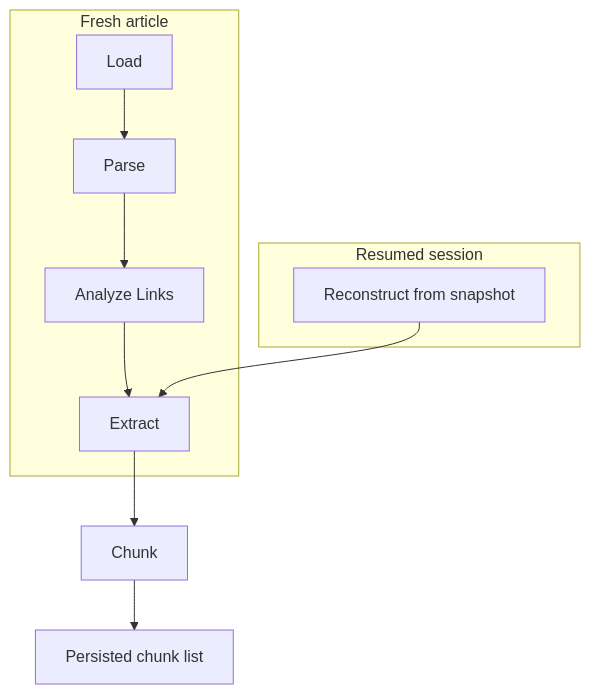
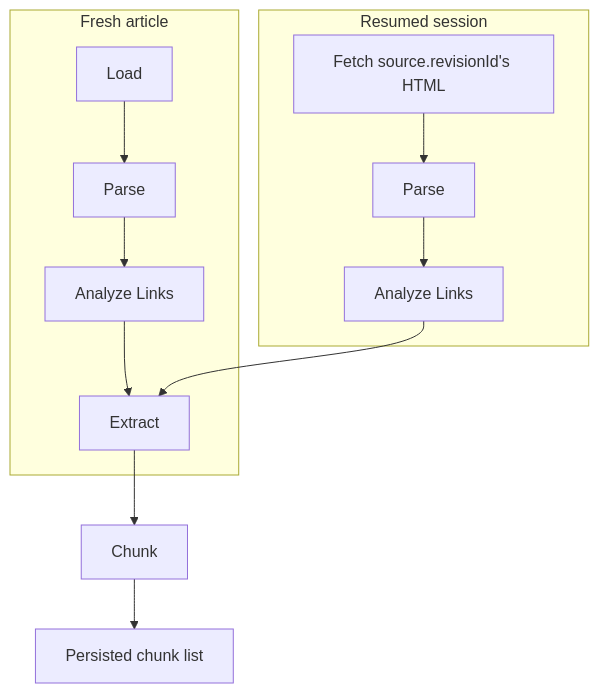
Before and after one commit to wikimediairan/Perseus: the third of 3 diagrams in docs/architecture/pipeline.md, drawn with Mermaid. The commit also changed other lines of this file and 100 other files, not shown here.

````diff
--- a/docs/architecture/pipeline.md
+++ b/docs/architecture/pipeline.md
@@ -77,10 +77,10 @@
 ```mermaid
 flowchart TB
     subgraph Fresh["Fresh article"]
         A3[Load] --> B3[Parse] --> C3[Analyze Links] --> D3[Extract]
     end
     subgraph Resumed["Resumed session"]
-        S3[Reconstruct from snapshot] --> D3
+        S3["Fetch source.revisionId's HTML"] --> B4[Parse] --> C4[Analyze Links] --> D3
     end
     D3 --> E3[Chunk] --> Chunks[Persisted chunk list]
 ```
````
